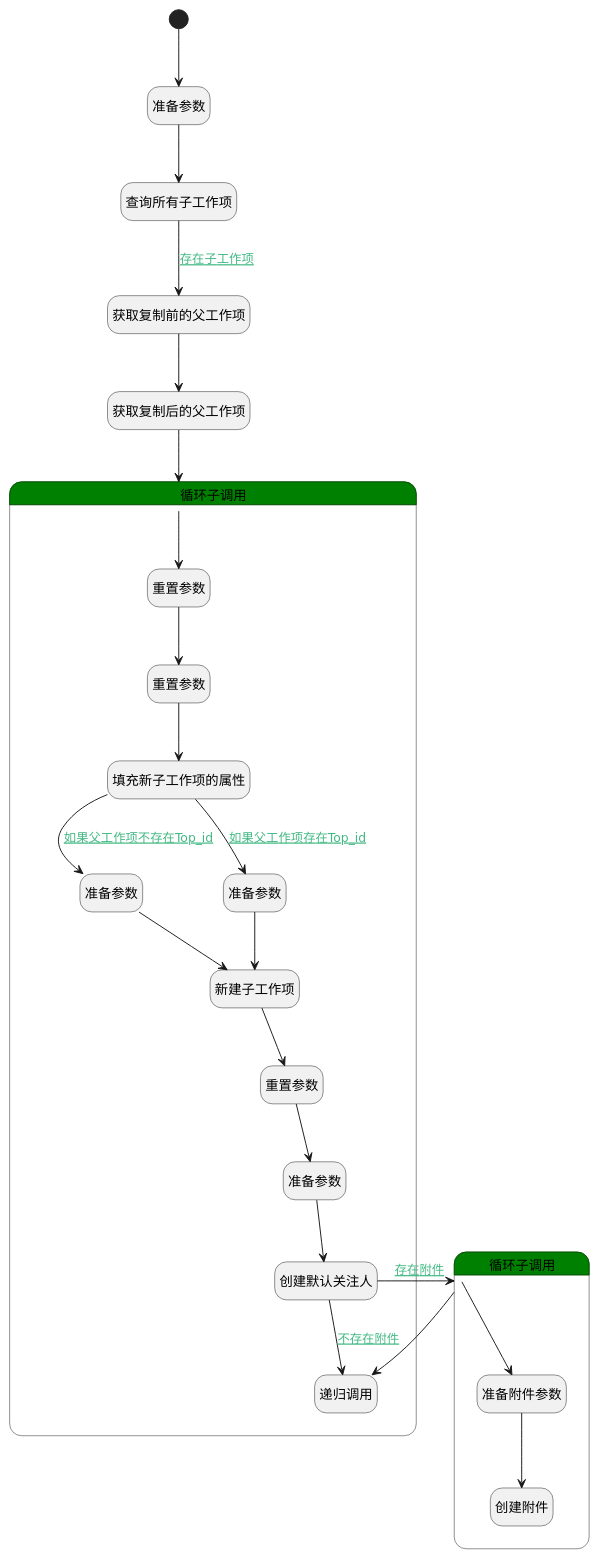
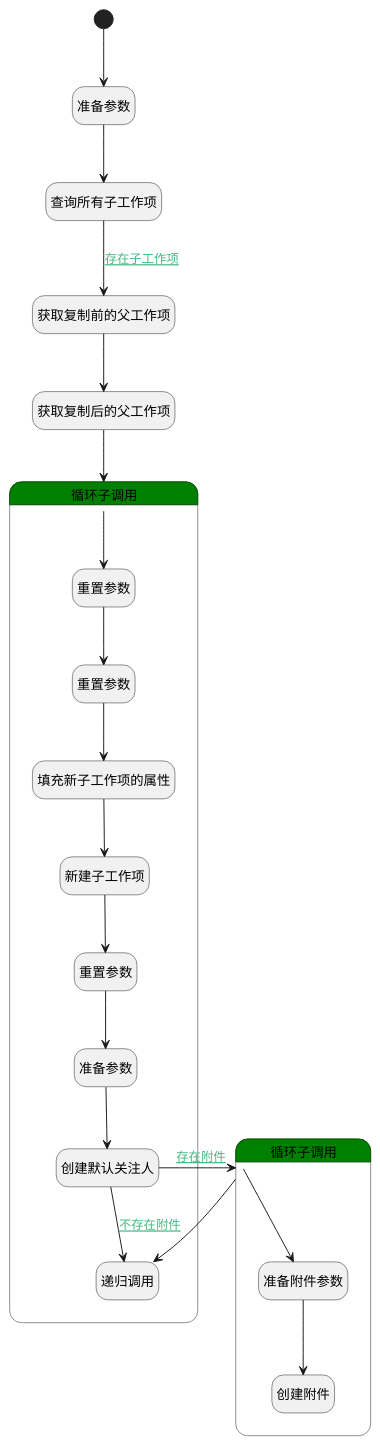
Before and after one commit to iBizLab/plm: the diagram in doc/docsify/module/ProjMgmt/work_item/logic/copy_child_work_item.md, drawn with PlantUML. The commit also changed other lines of this file and 1068 other files, not shown here.

````diff
--- a/doc/docsify/module/ProjMgmt/work_item/logic/copy_child_work_item.md
+++ b/doc/docsify/module/ProjMgmt/work_item/logic/copy_child_work_item.md
@@ -7,57 +7,52 @@
 ```plantuml
 @startuml
 hide empty description
 <style>
 root {
   HyperlinkColor #42b983
 }
 </style>
 
 hide empty description
 state "开始" as Begin <<start>> [[$./copy_child_work_item#begin {"开始"}]]
 state "准备参数" as PREPAREPARAM1  [[$./copy_child_work_item#prepareparam1 {"准备参数"}]]
 state "查询所有子工作项" as DEDATASET1  [[$./copy_child_work_item#dedataset1 {"查询所有子工作项"}]]
 state "获取复制前的父工作项" as DEACTION1  [[$./copy_child_work_item#deaction1 {"获取复制前的父工作项"}]]
 state "获取复制后的父工作项" as DEACTION2  [[$./copy_child_work_item#deaction2 {"获取复制后的父工作项"}]]
 state "循环子调用" as LOOPSUBCALL1  [[$./copy_child_work_item#loopsubcall1 {"循环子调用"}]] #green {
 state "重置参数" as RESETPARAM1  [[$./copy_child_work_item#resetparam1 {"重置参数"}]]
 state "重置参数" as RESETPARAM2  [[$./copy_child_work_item#resetparam2 {"重置参数"}]]
 state "填充新子工作项的属性" as PREPAREPARAM2  [[$./copy_child_work_item#prepareparam2 {"填充新子工作项的属性"}]]
-state "准备参数" as PREPAREPARAM3  [[$./copy_child_work_item#prepareparam3 {"准备参数"}]]
-state "准备参数" as PREPAREPARAM4  [[$./copy_child_work_item#prepareparam4 {"准备参数"}]]
 state "新建子工作项" as DEACTION3  [[$./copy_child_work_item#deaction3 {"新建子工作项"}]]
 state "重置参数" as RESETPARAM3  [[$./copy_child_work_item#resetparam3 {"重置参数"}]]
 state "准备参数" as PREPAREPARAM6  [[$./copy_child_work_item#prepareparam6 {"准备参数"}]]
 state "创建默认关注人" as DEACTION5  [[$./copy_child_work_item#deaction5 {"创建默认关注人"}]]
 state "递归调用" as DELOGIC1  [[$./copy_child_work_item#delogic1 {"递归调用"}]]
 }
 state "循环子调用" as LOOPSUBCALL2  [[$./copy_child_work_item#loopsubcall2 {"循环子调用"}]] #green {
 state "准备附件参数" as PREPAREPARAM5  [[$./copy_child_work_item#prepareparam5 {"准备附件参数"}]]
 state "创建附件" as DEACTION4  [[$./copy_child_work_item#deaction4 {"创建附件"}]]
 }
 
 
 Begin --> PREPAREPARAM1
 PREPAREPARAM1 --> DEDATASET1
 DEDATASET1 --> DEACTION1 : [[$./copy_child_work_item#dedataset1-deaction1{存在子工作项} 存在子工作项]]
 DEACTION1 --> DEACTION2
 DEACTION2 --> LOOPSUBCALL1
 LOOPSUBCALL1 --> RESETPARAM1
 RESETPARAM1 --> RESETPARAM2
 RESETPARAM2 --> PREPAREPARAM2
-PREPAREPARAM2 --> PREPAREPARAM3 : [[$./copy_child_work_item#prepareparam2-prepareparam3{如果父工作项不存在Top_id} 如果父工作项不存在Top_id]]
-PREPAREPARAM3 --> DEACTION3
+PREPAREPARAM2 --> DEACTION3
 DEACTION3 --> RESETPARAM3
 RESETPARAM3 --> PREPAREPARAM6
 PREPAREPARAM6 --> DEACTION5
 DEACTION5 --> LOOPSUBCALL2 : [[$./copy_child_work_item#deaction5-loopsubcall2{存在附件} 存在附件]]
 LOOPSUBCALL2 --> PREPAREPARAM5
 PREPAREPARAM5 --> DEACTION4
 LOOPSUBCALL2 --> DELOGIC1
 DEACTION5 --> DELOGIC1 : [[$./copy_child_work_item#deaction5-delogic1{不存在附件} 不存在附件]]
-PREPAREPARAM2 --> PREPAREPARAM4 : [[$./copy_child_work_item#prepareparam2-prepareparam4{如果父工作项存在Top_id} 如果父工作项存在Top_id]]
-PREPAREPARAM4 --> DEACTION3
 
 
 @enduml
 ```
````
